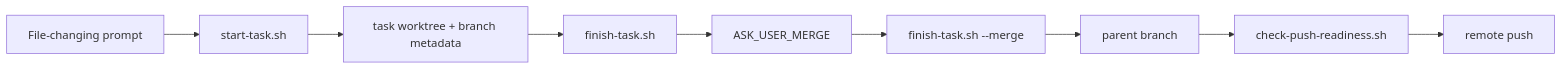
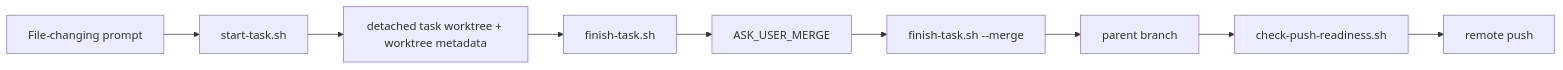
One commit to miketaheny/codex-setup changed the fifth of 5 diagrams in docs/ARCHITECTURE.md. Above: the diagram before and after it, drawn with Mermaid. The commit also changed other lines of this file and 28 other files, not shown here.

````diff
--- a/docs/ARCHITECTURE.md
+++ b/docs/ARCHITECTURE.md
@@ -112,11 +112,11 @@
 ```mermaid
 flowchart LR
     Prompt["File-changing prompt"] --> Start["start-task.sh"]
-    Start --> Worktree["task worktree + branch metadata"]
+    Start --> Worktree["detached task worktree + worktree metadata"]
     Worktree --> Finish["finish-task.sh"]
     Finish --> Ask["ASK_USER_MERGE"]
     Ask --> Merge["finish-task.sh --merge"]
     Merge --> Parent["parent branch"]
     Parent --> PushCheck["check-push-readiness.sh"]
     PushCheck --> Remote["remote push"]
 ```
````
